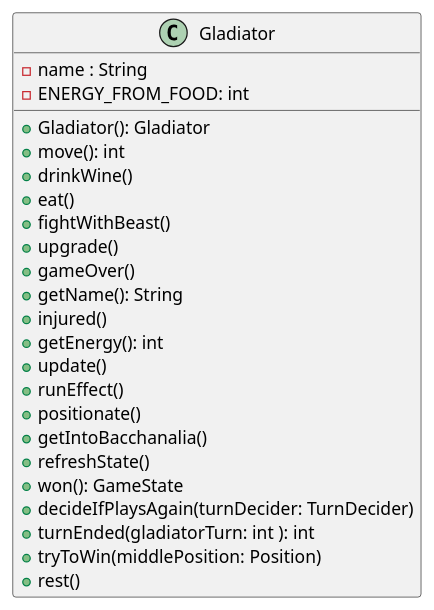
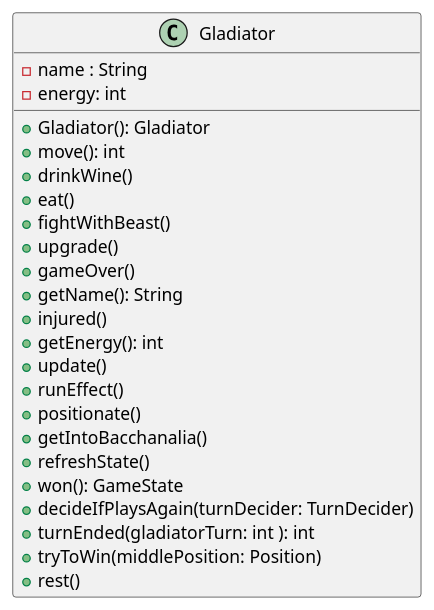
One commit to PabloGCH/tp2-algo3 changed the diagram in diagrams/classes/Gladiator/Gladiator.plantuml. Above: the diagram before and after it, drawn with PlantUML. The commit also changed 16 other files, not shown here.

Commit message:
Class diagrams changes

```diff
--- a/diagrams/classes/Gladiator/Gladiator.plantuml
+++ b/diagrams/classes/Gladiator/Gladiator.plantuml
@@ -1,26 +1,26 @@
 @startuml
 class Gladiator {
     -name : String
-    -ENERGY_FROM_FOOD: int
+    -energy: int
     +Gladiator(): Gladiator
     +move(): int
     +drinkWine()
     +eat()
     +fightWithBeast()
     +upgrade()
     +gameOver()
     +getName(): String
     +injured()
     +getEnergy(): int
     +update()
     +runEffect()
     +positionate()
     +getIntoBacchanalia()
     +refreshState()
     +won(): GameState
     +decideIfPlaysAgain(turnDecider: TurnDecider)
     +turnEnded(gladiatorTurn: int ): int
     +tryToWin(middlePosition: Position)
     +rest()
 }
 @enduml
```
